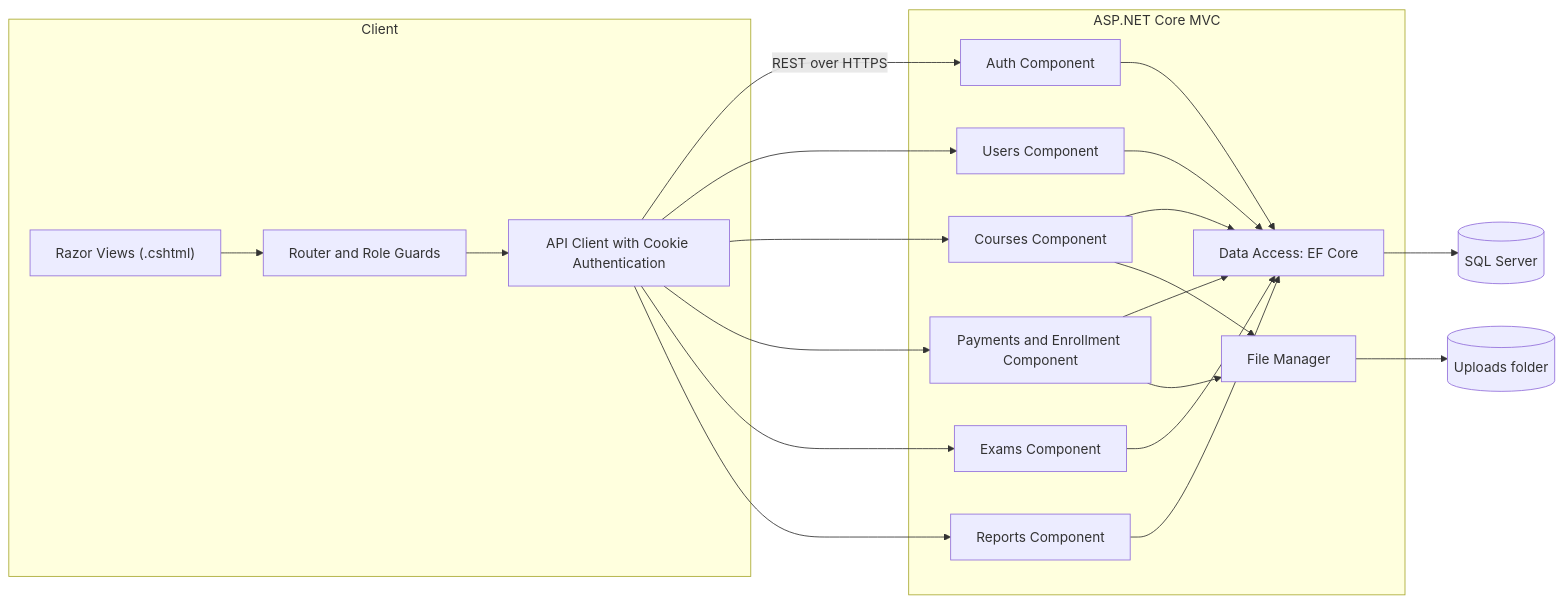
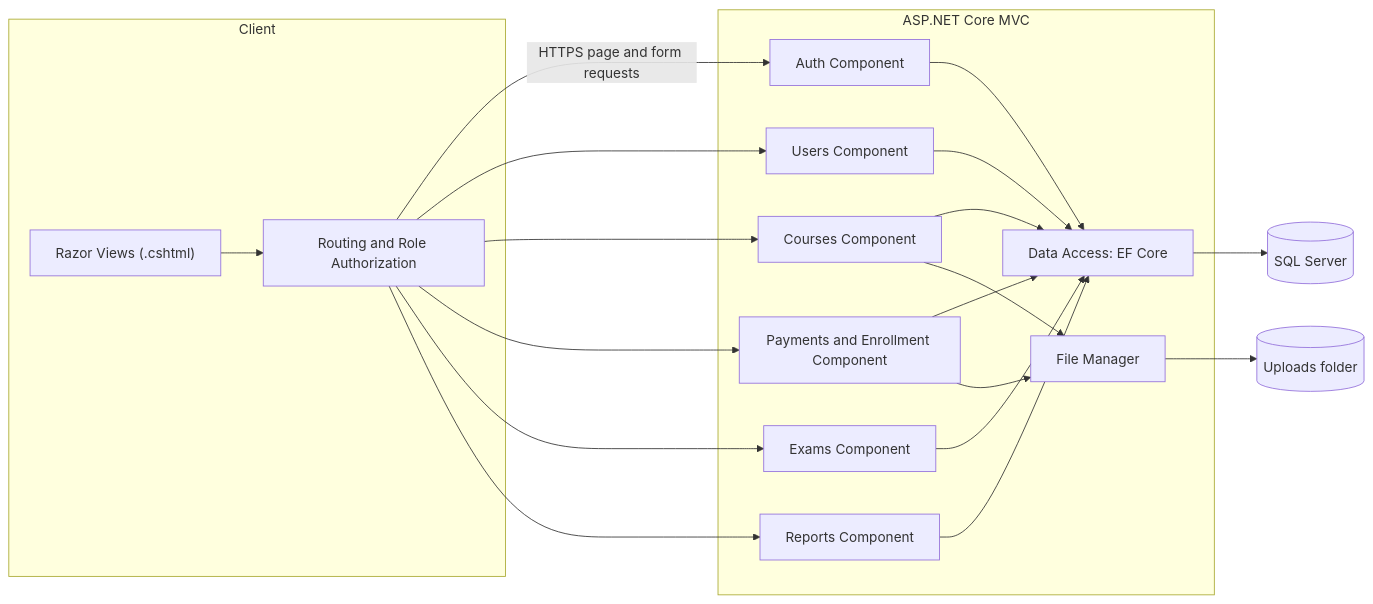
The first of 2 diagrams in docs/4-analysis-design/12-deployment-integration.md (MohamedHany1n/Educational-Platform), drawn with Mermaid before and after one commit. The commit also changed other lines of this file and 28 other files, not shown here.

````diff
--- a/docs/4-analysis-design/12-deployment-integration.md
+++ b/docs/4-analysis-design/12-deployment-integration.md
@@ -17,32 +17,31 @@
 ```mermaid
 flowchart LR
     subgraph Client["Client"]
         UI["Razor Views (.cshtml)"]
-        RT["Router and Role Guards"]
-        AX["API Client with Cookie Authentication"]
-        UI --> RT --> AX
+        RT["Routing and Role Authorization"]
+        UI --> RT
     end
 
     subgraph Server["ASP.NET Core MVC"]
         AC["Auth Component"]
         UC["Users Component"]
         CC["Courses Component"]
         PC["Payments and Enrollment Component"]
         EC["Exams Component"]
         RC["Reports Component"]
         DA["Data Access: EF Core"]
         FM["File Manager"]
         AC & UC & CC & PC & EC & RC --> DA
         PC --> FM
         CC --> FM
     end
 
-    AX -- "REST over HTTPS" --> AC
-    AX --> UC
-    AX --> CC
-    AX --> PC
-    AX --> EC
-    AX --> RC
+    RT -- "HTTPS page and form requests" --> AC
+    RT --> UC
+    RT --> CC
+    RT --> PC
+    RT --> EC
+    RT --> RC
     DA --> DB[("SQL Server")]
     FM --> FS[("Uploads folder")]
 ```
````
